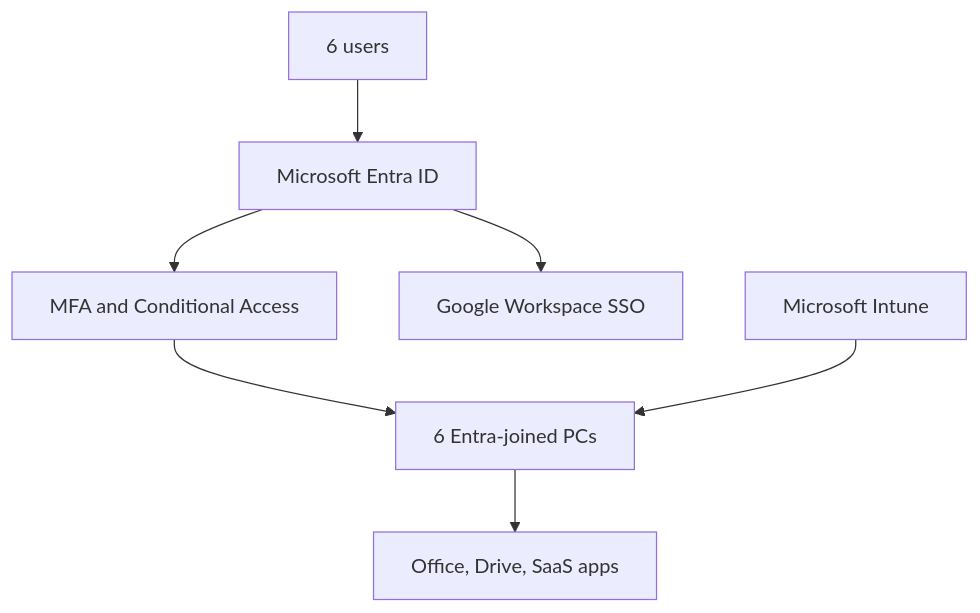
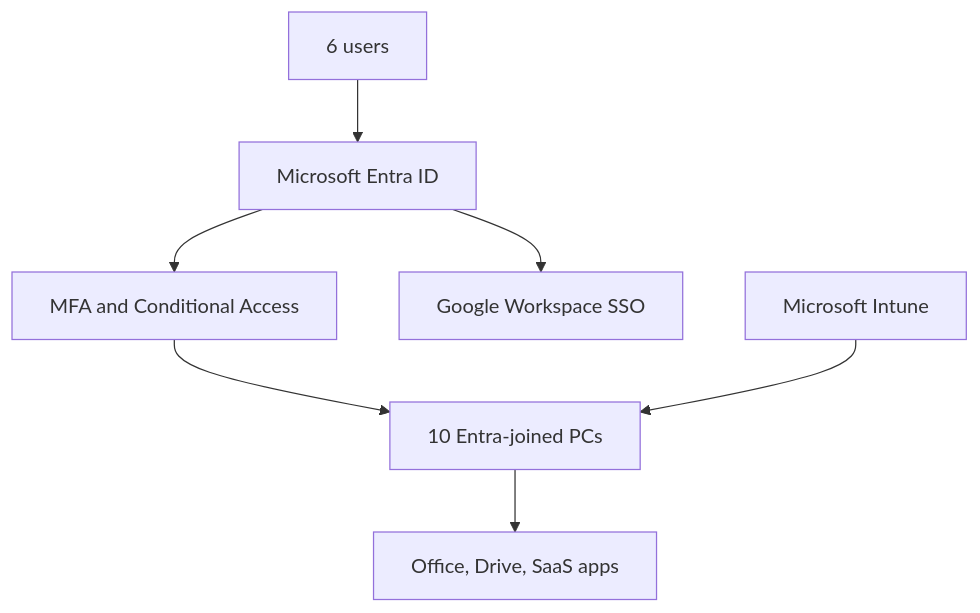
The first of 3 diagrams in cloud_identity_migration_options.md (andyxuan2010/cloud-migration-demo), drawn with Mermaid before and after one commit. The commit also changed other lines of this file and 5 other files, not shown here.

````diff
--- a/cloud_identity_migration_options.md
+++ b/cloud_identity_migration_options.md
@@ -155,9 +155,9 @@
 ```mermaid
 flowchart TD
     U["6 users"] --> E["Microsoft Entra ID"]
     E --> P["MFA and Conditional Access"]
     E --> G["Google Workspace SSO"]
-    P --> D["6 Entra-joined PCs"]
+    P --> D["10 Entra-joined PCs"]
     I["Microsoft Intune"] --> D
     D --> A["Office, Drive, SaaS apps"]
 ```
````
